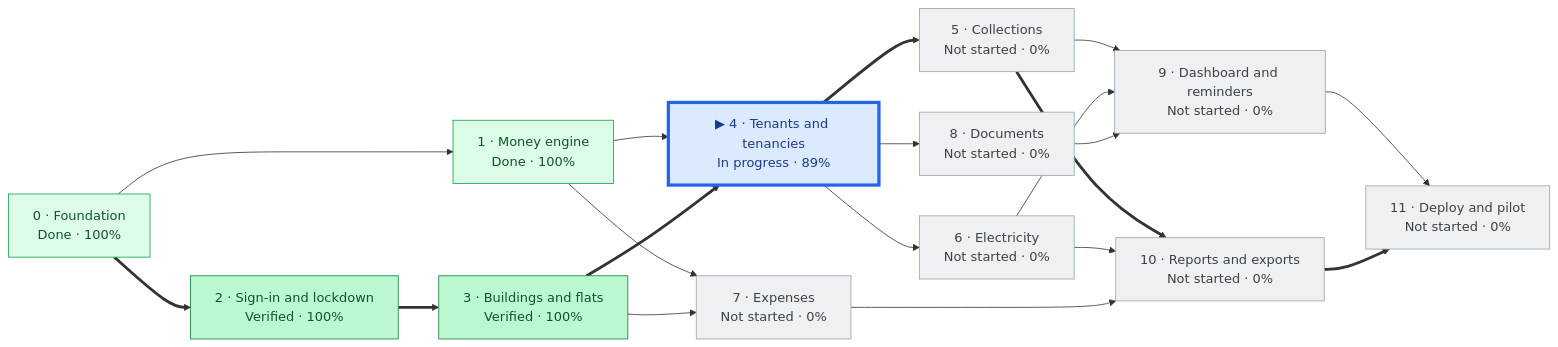
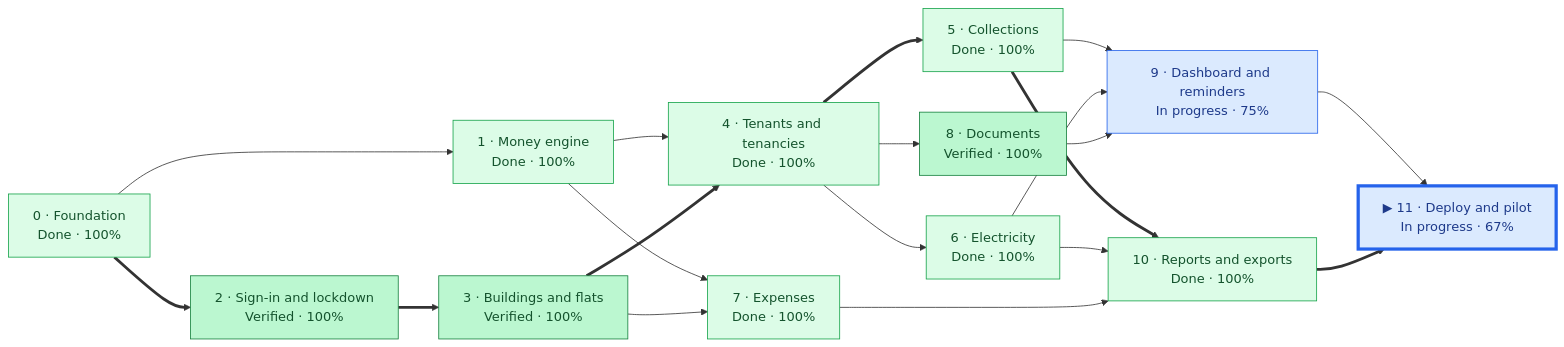
Before and after one commit to aakashworkspace13-it/Property_Management: the diagram in docs/tracker/TRACKER.md, drawn with Mermaid. The commit also changed other lines of this file and 88 other files, not shown here.

````diff
--- a/docs/tracker/TRACKER.md
+++ b/docs/tracker/TRACKER.md
@@ -29,53 +29,53 @@
 ```mermaid
 flowchart LR
   P0["0 · Foundation<br/>Done · 100%"]
   P1["1 · Money engine<br/>Done · 100%"]
   P2["2 · Sign-in and lockdown<br/>Verified · 100%"]
   P3["3 · Buildings and flats<br/>Verified · 100%"]
-  P4["▶ 4 · Tenants and tenancies<br/>In progress · 89%"]
-  P5["5 · Collections<br/>Not started · 0%"]
-  P6["6 · Electricity<br/>Not started · 0%"]
-  P7["7 · Expenses<br/>Not started · 0%"]
-  P8["8 · Documents<br/>Not started · 0%"]
-  P9["9 · Dashboard and reminders<br/>Not started · 0%"]
-  P10["10 · Reports and exports<br/>Not started · 0%"]
-  P11["11 · Deploy and pilot<br/>Not started · 0%"]
+  P4["4 · Tenants and tenancies<br/>Done · 100%"]
+  P5["5 · Collections<br/>Done · 100%"]
+  P6["6 · Electricity<br/>Done · 100%"]
+  P7["7 · Expenses<br/>Done · 100%"]
+  P8["8 · Documents<br/>Verified · 100%"]
+  P9["9 · Dashboard and reminders<br/>In progress · 75%"]
+  P10["10 · Reports and exports<br/>Done · 100%"]
+  P11["▶ 11 · Deploy and pilot<br/>In progress · 67%"]
   P0 --> P1
   P0 ==> P2
   P2 ==> P3
   P1 --> P4
   P3 ==> P4
   P4 ==> P5
   P4 --> P6
   P1 --> P7
   P3 --> P7
   P4 --> P8
   P5 --> P9
   P6 --> P9
   P8 --> P9
   P5 ==> P10
   P6 --> P10
   P7 --> P10
   P9 --> P11
   P10 ==> P11
   classDef notstarted fill:#eef0f2,stroke:#9aa3ab,color:#3b4248
   classDef inprogress fill:#dbeafe,stroke:#2563eb,color:#1e3a8a
   classDef blocked fill:#fee2e2,stroke:#dc2626,color:#7f1d1d
   classDef done fill:#dcfce7,stroke:#16a34a,color:#14532d
   classDef verified fill:#bbf7d0,stroke:#15803d,color:#14532d
   classDef current stroke-width:4px
   classDef recheck stroke:#d97706,stroke-dasharray:5 3
   class P0 done
   class P1 done
   class P2 verified
   class P3 verified
-  class P4 inprogress
-  class P5 notstarted
-  class P6 notstarted
-  class P7 notstarted
-  class P8 notstarted
-  class P9 notstarted
-  class P10 notstarted
-  class P11 notstarted
-  class P4 current
+  class P4 done
+  class P5 done
+  class P6 done
+  class P7 done
+  class P8 verified
+  class P9 inprogress
+  class P10 done
+  class P11 inprogress
+  class P11 current
 ```
````
